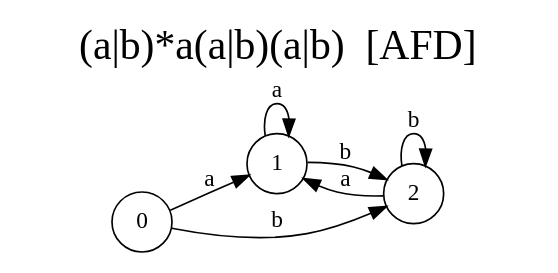
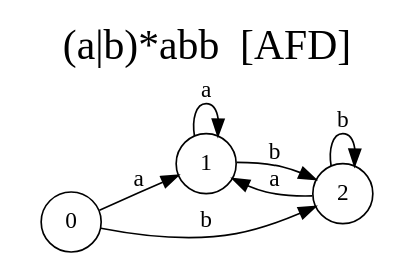
The diagram in docs/automataAFD.dot (CrisLayB/ProgrammingLanguageDesign), drawn with Graphviz before and after one commit. The commit also changed 8 other files, not shown here.

```diff
--- a/docs/automataAFD.dot
+++ b/docs/automataAFD.dot
@@ -1,17 +1,17 @@
 digraph "Resultado Automata AFD" {
-	label = "(a|b)*a(a|b)(a|b)  [AFD]"
+	label = "(a|b)*abb  [AFD]"
 	labelloc  =  t
 	fontsize  = 25
 	rankdir=LR size="8,5"
 	node [shape=doublecircle]
 	node [shape=circle]
 	0
 	node [shape=none]
 	node [shape=circle]
 	0 -> 1[label="a"]
 	0 -> 2[label="b"]
 	2 -> 1[label="a"]
 	2 -> 2[label="b"]
 	1 -> 1[label="a"]
 	1 -> 2[label="b"]
 }
```
